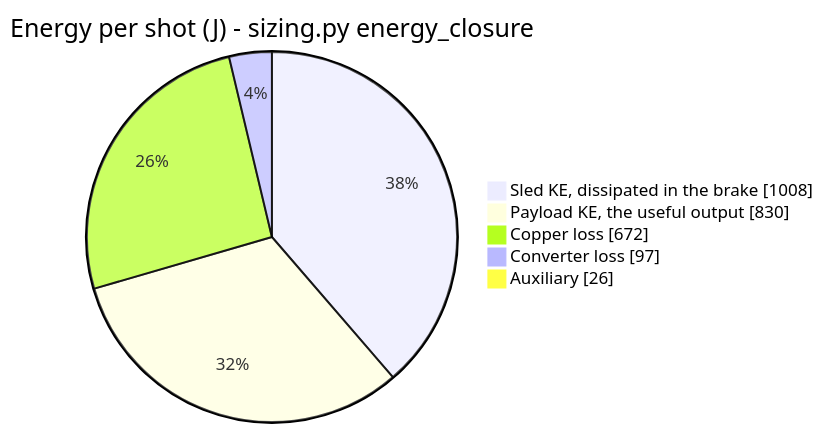
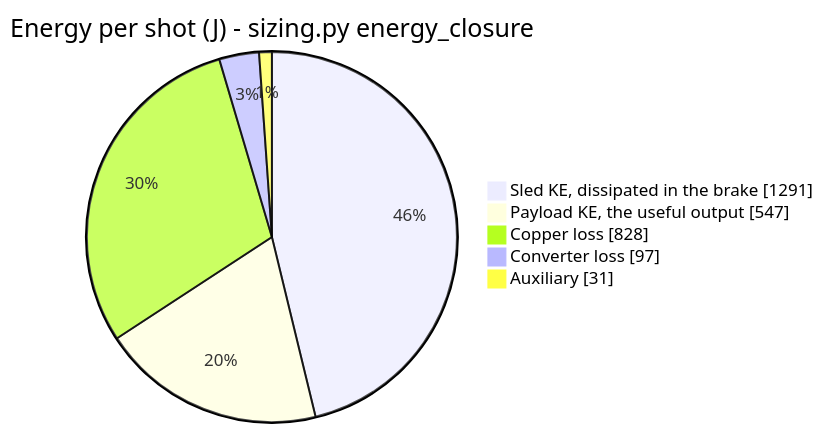
The second of 3 diagrams in README.md (aaaaaaaaaaaavm/EMOCD), drawn with Mermaid before and after one commit. The commit also changed 2 other files, not shown here.

Commit message:
docs: propagate the measured sled mass through the front pages
README, wiki/Home.md and RESULTS.md carried the old operating point in
headline tables, ConOps diagrams, energy pie charts and the payload-family
bars. All now match analysis/results/*.json.

Two sections changed in substance rather than in digits. RESULTS.md's sled
mass section was written while the conflict was open and said the temptation
after the run would be to pick whichever threshold preserved 20.37 m/s; it
now records that the >= 6.80 kg branch fired at 9.445 kg and that the
scripts moved first. The payload-family commentary said the 1U case at
23.4 g sat close to the 25 g qualification limit -- at 13.4 g that is no
longer the binding constraint, and the machine is thrust-and-mass limited
with more than half its qualification margin unused.

The A5 section is now explicitly framed as history: every GMAT run in it was
propagated at 20.37 m/s. The falsification survives, because P16 is about
the shape of the model rather than the velocity and a uniform density scale
cannot move a ratio at any dv, but the absolute numbers no longer describe
the design. A5 and A8 status bars dropped back from full to reflect P19.

````diff
--- a/README.md
+++ b/README.md
@@ -161,9 +161,9 @@
 ```mermaid
 pie showData
     title Energy per shot (J) - sizing.py energy_closure
-    "Sled KE, dissipated in the brake" : 1008
-    "Payload KE, the useful output" : 830
-    "Copper loss" : 672
+    "Sled KE, dissipated in the brake" : 1291
+    "Payload KE, the useful output" : 547
+    "Copper loss" : 828
     "Converter loss" : 97
-    "Auxiliary" : 26
+    "Auxiliary" : 31
 ```
````
